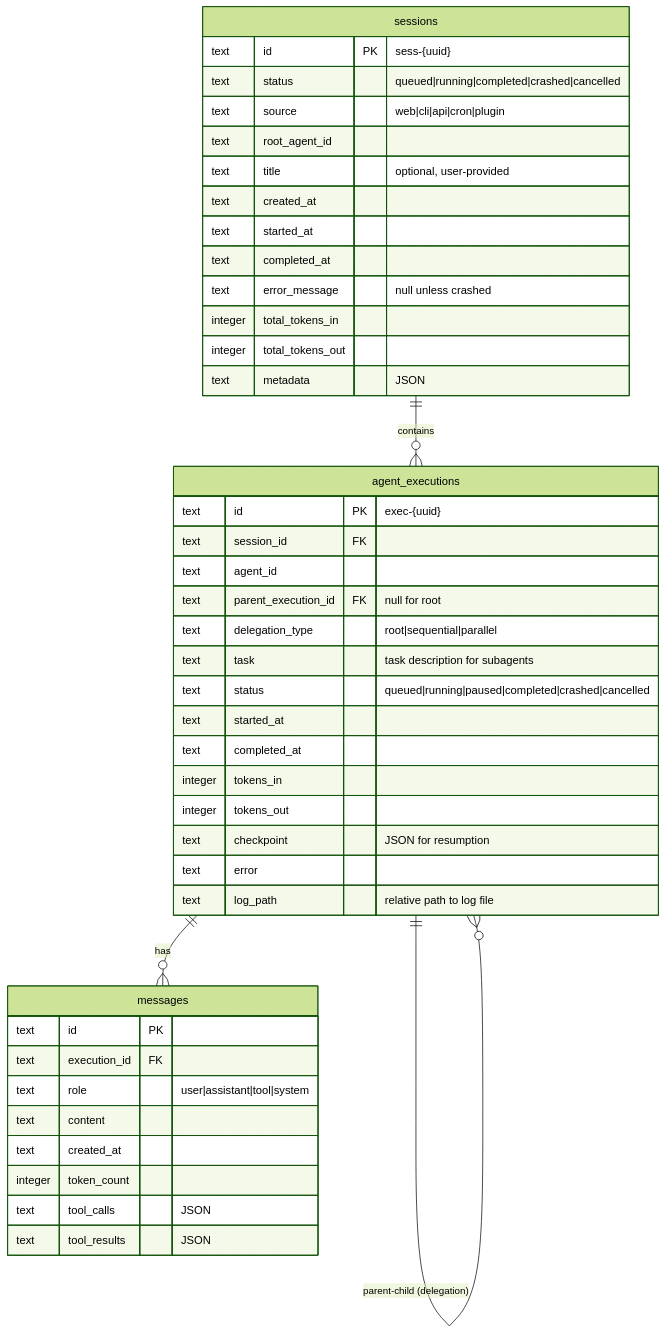
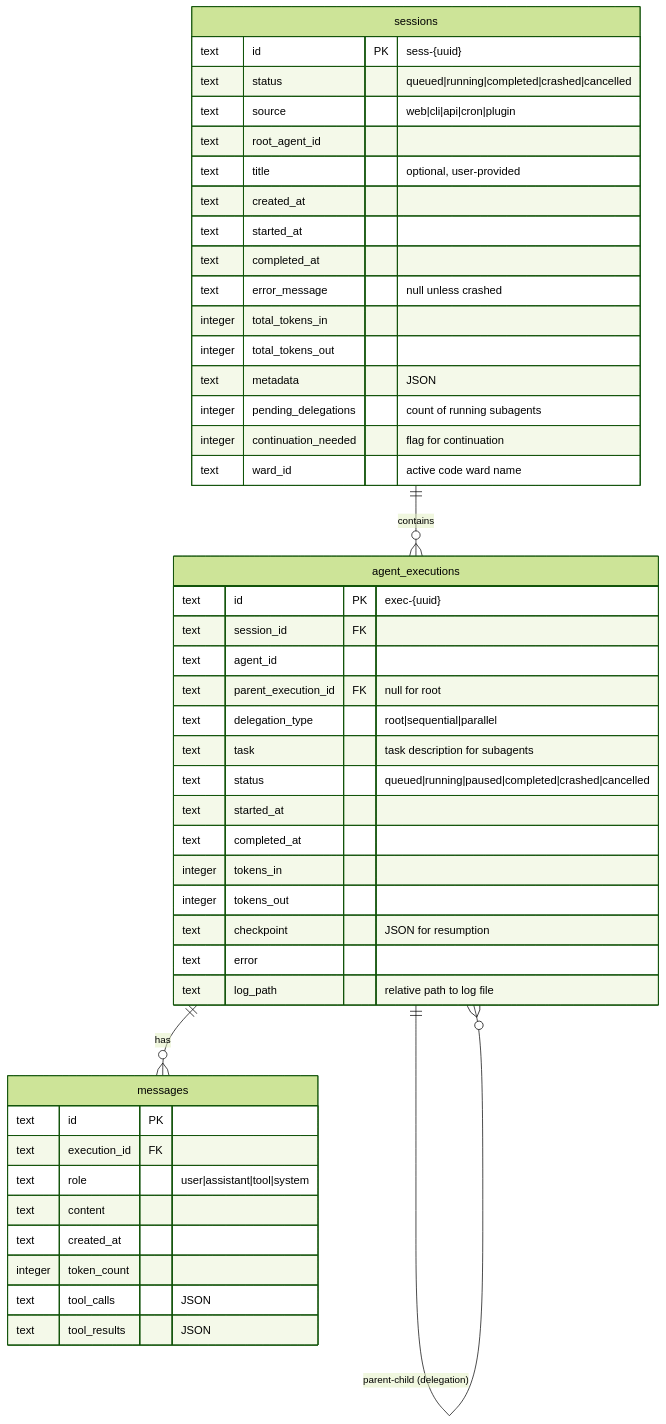
One commit to phanijapps/zbot changed the diagram in memory-bank/data-model.md. Above: the diagram before and after it, drawn with Mermaid (forest theme). The commit also changed other lines of this file and 7 other files, not shown here.

````diff
--- a/memory-bank/data-model.md
+++ b/memory-bank/data-model.md
@@ -7,49 +7,52 @@
 ```mermaid
 erDiagram
     sessions ||--o{ agent_executions : contains
     agent_executions ||--o{ agent_executions : "parent-child (delegation)"
     agent_executions ||--o{ messages : has
 
     sessions {
         text id PK "sess-{uuid}"
         text status "queued|running|completed|crashed|cancelled"
         text source "web|cli|api|cron|plugin"
         text root_agent_id
         text title "optional, user-provided"
         text created_at
         text started_at
         text completed_at
         text error_message "null unless crashed"
         integer total_tokens_in
         integer total_tokens_out
         text metadata "JSON"
+        integer pending_delegations "count of running subagents"
+        integer continuation_needed "flag for continuation"
+        text ward_id "active code ward name"
     }
 
     agent_executions {
         text id PK "exec-{uuid}"
         text session_id FK
         text agent_id
         text parent_execution_id FK "null for root"
         text delegation_type "root|sequential|parallel"
         text task "task description for subagents"
         text status "queued|running|paused|completed|crashed|cancelled"
         text started_at
         text completed_at
         integer tokens_in
         integer tokens_out
         text checkpoint "JSON for resumption"
         text error
         text log_path "relative path to log file"
     }
 
     messages {
         text id PK
         text execution_id FK
         text role "user|assistant|tool|system"
         text content
         text created_at
         integer token_count
         text tool_calls "JSON"
         text tool_results "JSON"
     }
 ```
````
